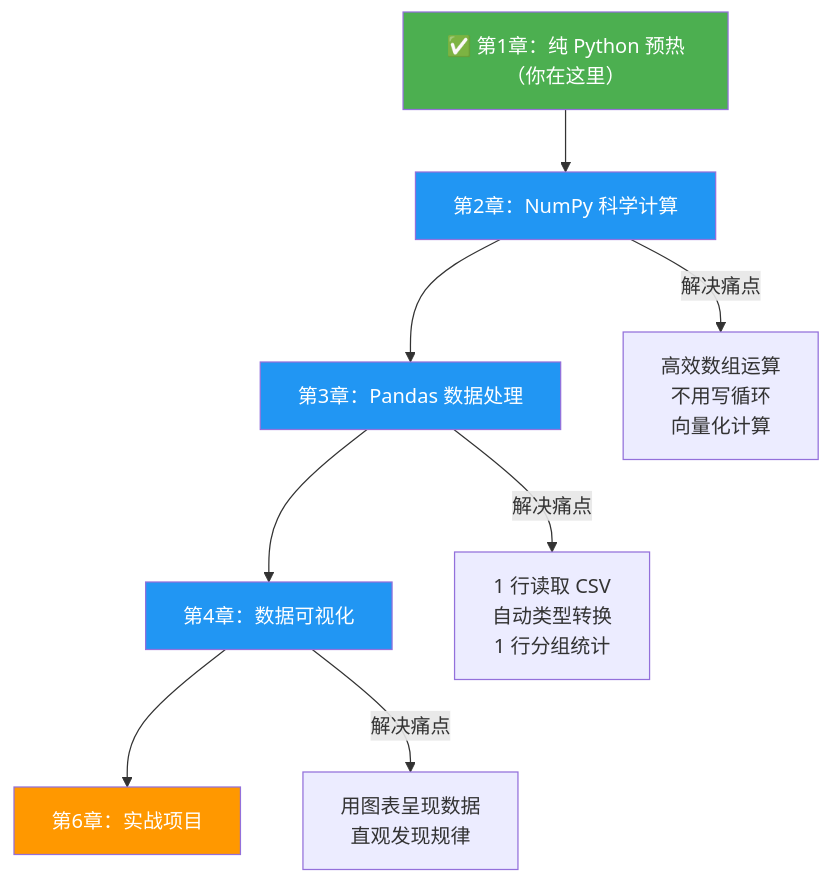
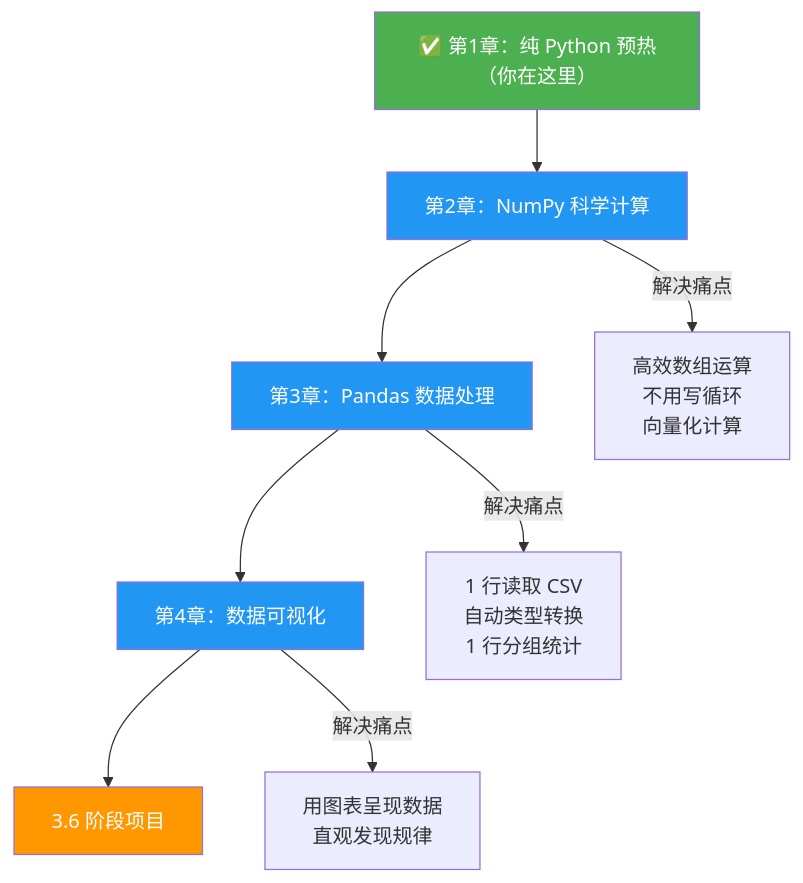
One commit to oudbiao/AI-fullstack-course changed the third of 3 diagrams in i18n/zh-Hans/docusaurus-plugin-content-docs/current/ch03-data-analysis/ch01-warmup/01-pure-python-data.md. Above: the diagram before and after it, drawn with Mermaid. The commit also changed other lines of this file and 1296 other files, not shown here.

````diff
--- a/i18n/zh-Hans/docusaurus-plugin-content-docs/current/ch03-data-analysis/ch01-warmup/01-pure-python-data.md
+++ b/i18n/zh-Hans/docusaurus-plugin-content-docs/current/ch03-data-analysis/ch01-warmup/01-pure-python-data.md
@@ -676,17 +676,17 @@
 ```mermaid
 flowchart TD
     A["✅ 第1章：纯 Python 预热（你在这里）"] --> B["第2章：NumPy 科学计算"]
     B --> C["第3章：Pandas 数据处理"]
     C --> D["第4章：数据可视化"]
-    D --> E["第6章：实战项目"]
+    D --> E["3.6 阶段项目"]
 
     B -- "解决痛点" --> B1["高效数组运算<br/>不用写循环<br/>向量化计算"]
     C -- "解决痛点" --> C1["1 行读取 CSV<br/>自动类型转换<br/>1 行分组统计"]
     D -- "解决痛点" --> D1["用图表呈现数据<br/>直观发现规律"]
 
     style A fill:#4caf50,color:#fff
     style B fill:#2196f3,color:#fff
     style C fill:#2196f3,color:#fff
     style D fill:#2196f3,color:#fff
     style E fill:#ff9800,color:#fff
 ```
````
